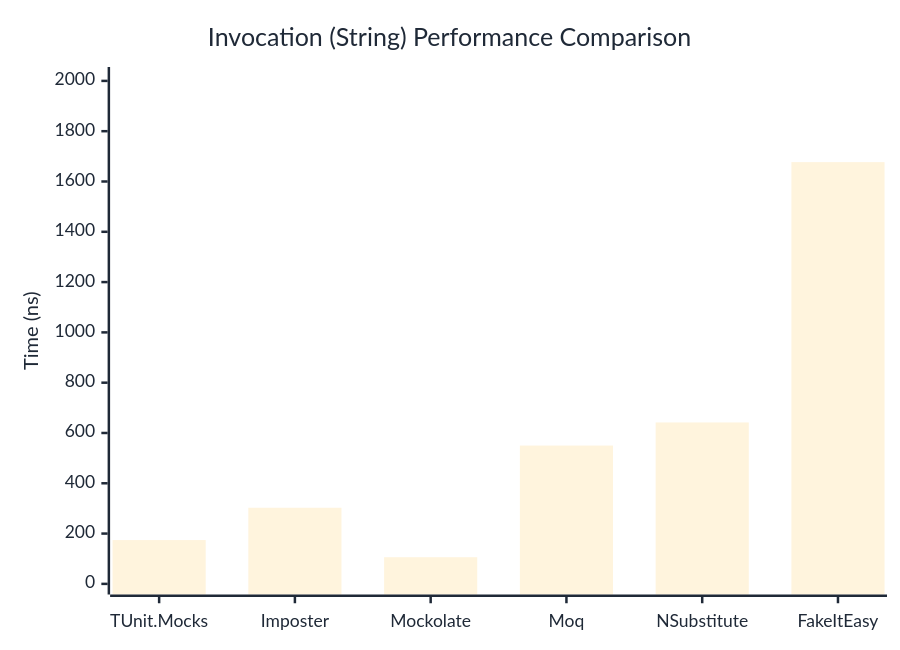
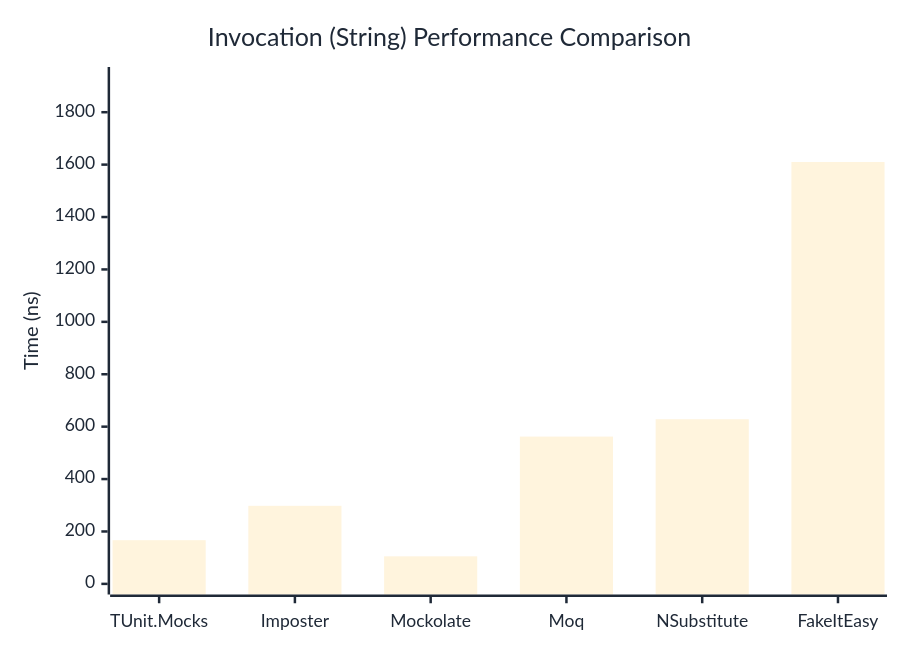
The second of 3 diagrams in docs/docs/benchmarks/mocks/Invocation.md (thomhurst/TUnit), drawn with Mermaid before and after one commit. The commit also changed other lines of this file and 14 other files, not shown here.

````diff
--- a/docs/docs/benchmarks/mocks/Invocation.md
+++ b/docs/docs/benchmarks/mocks/Invocation.md
@@ -71,27 +71,27 @@
 ```mermaid
 %%{init: {
   'theme':'base',
   'themeVariables': {
     'primaryColor': '#2563eb',
     'primaryTextColor': '#1f2937',
     'primaryBorderColor': '#1e40af',
     'lineColor': '#6b7280',
     'secondaryColor': '#7c3aed',
     'tertiaryColor': '#dc2626',
     'background': '#ffffff',
     'pie1': '#2563eb',
     'pie2': '#7c3aed',
     'pie3': '#dc2626',
     'pie4': '#f59e0b',
     'pie5': '#10b981',
     'pie6': '#06b6d4',
     'pie7': '#ec4899',
     'pie8': '#6366f1'
   }
 }}%%
 xychart-beta
   title "Invocation (String) Performance Comparison"
   x-axis ["TUnit.Mocks", "Imposter", "Mockolate", "Moq", "NSubstitute", "FakeItEasy"]
-  y-axis "Time (ns)" 0 --> 2013
-  bar [174.2, 302.7, 106, 550, 641.9, 1677]
+  y-axis "Time (ns)" 0 --> 1932
+  bar [166.7, 297.9, 105.1, 562.1, 628.4, 1609.9]
 ```
````
